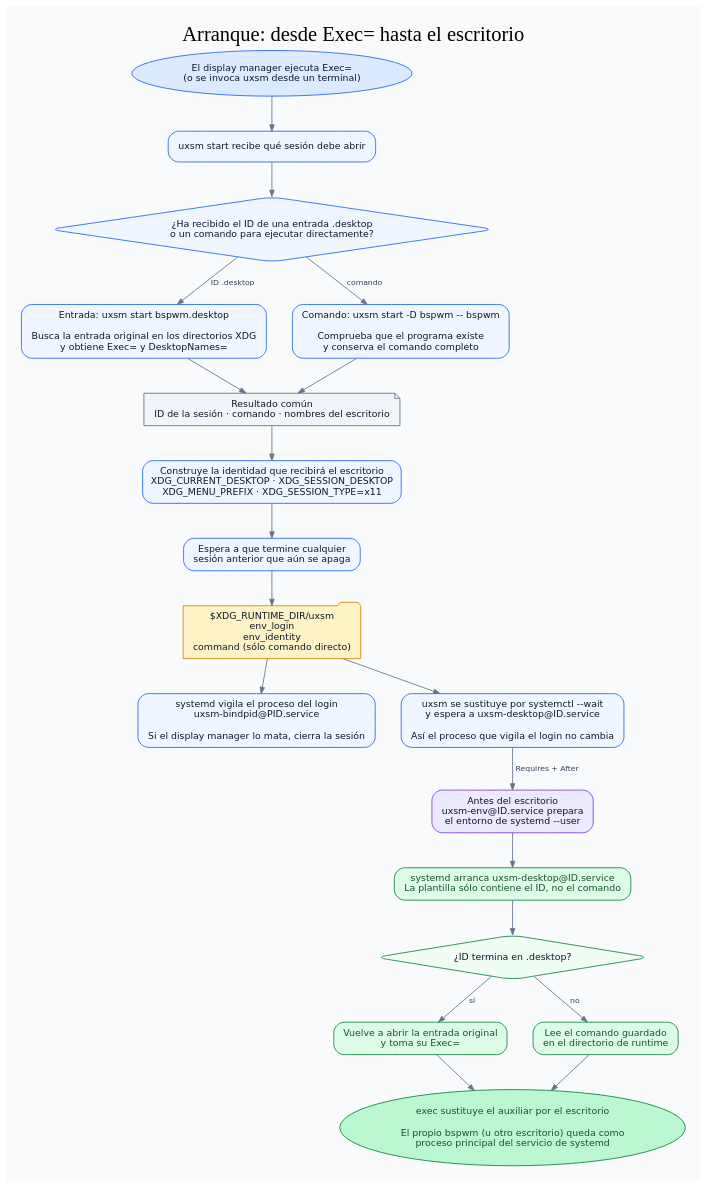
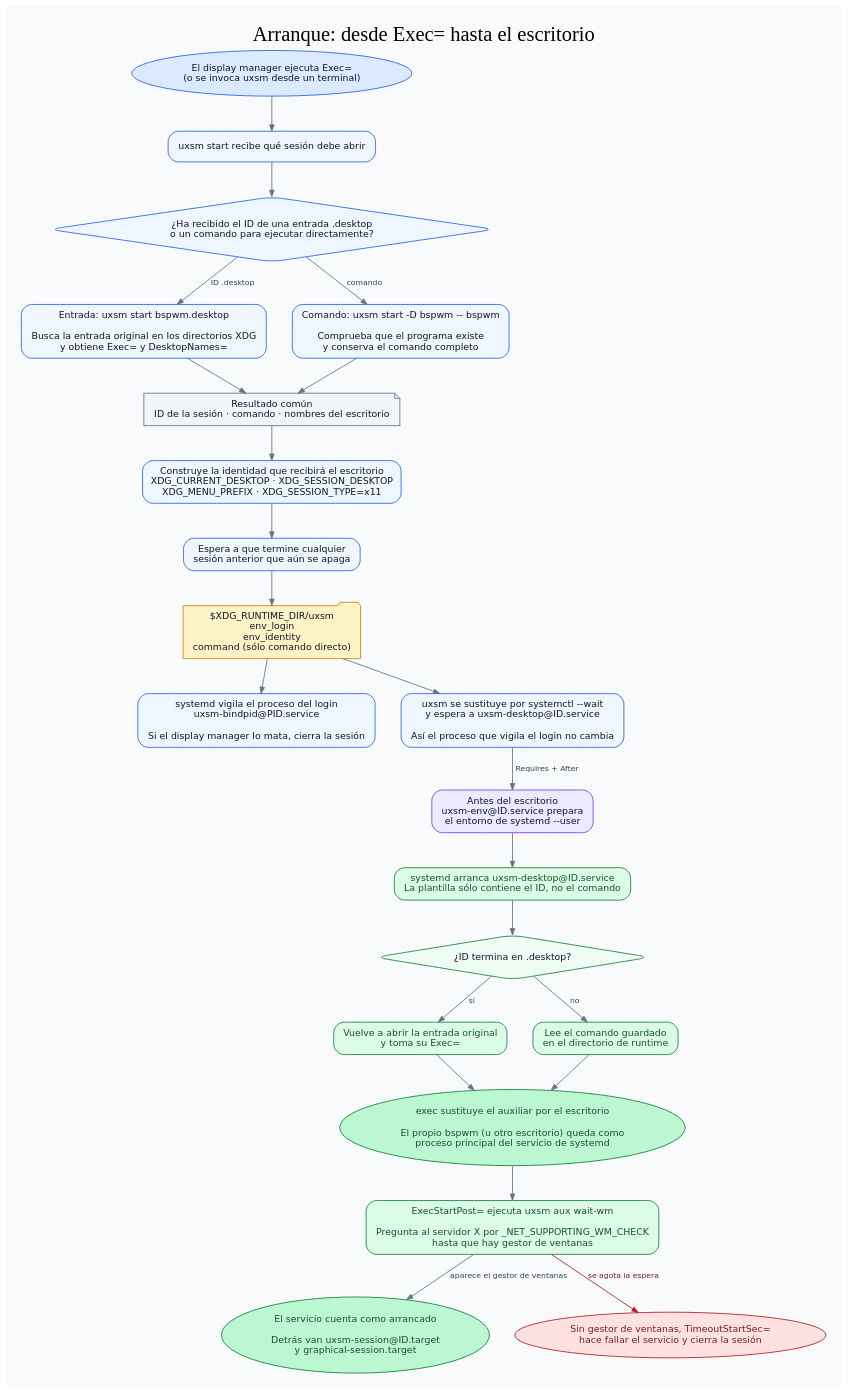
Before and after one commit to heizeisaburou/uxsm: the diagram in docs/flows/session-start.dot, drawn with Graphviz. The commit also changed 13 other files, not shown here.

First line of the commit message:
Paso 4: la sesión no está lista hasta que hay gestor de ventanas

```diff
--- a/docs/flows/session-start.dot
+++ b/docs/flows/session-start.dot
@@ -1,67 +1,77 @@
 digraph session_start {
   graph [
     label="Arranque: desde Exec= hasta el escritorio",
     labelloc=t,
     fontsize=24,
     fontname="DejaVu Sans Bold",
     bgcolor="#f8fafc",
     pad=0.25,
     nodesep=0.42,
     ranksep=0.55,
     splines=polyline
   ];
   node [shape=box, style="rounded,filled", fontname="DejaVu Sans", fontsize=11,
         color="#2563eb", fillcolor="#eff6ff", fontcolor="#0f172a", margin="0.15,0.10"];
   edge [fontname="DejaVu Sans", fontsize=9, color="#64748b", fontcolor="#334155", arrowsize=0.75];
 
   caller [shape=oval, fillcolor="#dbeafe",
           label="El display manager ejecuta Exec=\n(o se invoca uxsm desde un terminal)"];
   start [label="uxsm start recibe qué sesión debe abrir"];
   kind [shape=diamond, label="¿Ha recibido el ID de una entrada .desktop\no un comando para ejecutar directamente?"];
 
   entry [label="Entrada: uxsm start bspwm.desktop\n\nBusca la entrada original en los directorios XDG\ny obtiene Exec= y DesktopNames="];
   command [label="Comando: uxsm start -D bspwm -- bspwm\n\nComprueba que el programa existe\ny conserva el comando completo"];
   resolved [shape=note, color="#64748b", fillcolor="#f1f5f9",
             label="Resultado común\nID de la sesión · comando · nombres del escritorio"];
 
   identity [label="Construye la identidad que recibirá el escritorio\nXDG_CURRENT_DESKTOP · XDG_SESSION_DESKTOP\nXDG_MENU_PREFIX · XDG_SESSION_TYPE=x11"];
   wait [label="Espera a que termine cualquier\nsesión anterior que aún se apaga"];
   files [shape=folder, fillcolor="#fef3c7", color="#ca8a04",
          label="$XDG_RUNTIME_DIR/uxsm\nenv_login\nenv_identity\ncommand (sólo comando directo)"];
 
   bind [label="systemd vigila el proceso del login\nuxsm-bindpid@PID.service\n\nSi el display manager lo mata, cierra la sesión"];
   replace [label="uxsm se sustituye por systemctl --wait\ny espera a uxsm-desktop@ID.service\n\nAsí el proceso que vigila el login no cambia"];
 
   env [fillcolor="#ede9fe", color="#7c3aed",
        label="Antes del escritorio\nuxsm-env@ID.service prepara\nel entorno de systemd --user"];
   aux [fillcolor="#dcfce7", color="#15803d", fontcolor="#14532d",
        label="systemd arranca uxsm-desktop@ID.service\nLa plantilla sólo contiene el ID, no el comando"];
   source [shape=diamond, fillcolor="#f0fdf4", color="#15803d",
           label="¿ID termina en .desktop?"];
   reread [fillcolor="#dcfce7", color="#15803d", fontcolor="#14532d",
           label="Vuelve a abrir la entrada original\ny toma su Exec="];
   saved [fillcolor="#dcfce7", color="#15803d", fontcolor="#14532d",
          label="Lee el comando guardado\nen el directorio de runtime"];
   desktop [shape=oval, fillcolor="#bbf7d0", color="#15803d", fontcolor="#14532d",
            label="exec sustituye el auxiliar por el escritorio\n\nEl propio bspwm (u otro escritorio) queda como\nproceso principal del servicio de systemd"];
+  waitwm [fillcolor="#dcfce7", color="#15803d", fontcolor="#14532d",
+          label="ExecStartPost= ejecuta uxsm aux wait-wm\n\nPregunta al servidor X por _NET_SUPPORTING_WM_CHECK\nhasta que hay gestor de ventanas"];
+  ready [shape=oval, fillcolor="#bbf7d0", color="#15803d", fontcolor="#14532d",
+         label="El servicio cuenta como arrancado\n\nDetrás van uxsm-session@ID.target\ny graphical-session.target"];
+  nowm [shape=oval, color="#b91c1c", fillcolor="#fee2e2", fontcolor="#7f1d1d",
+        label="Sin gestor de ventanas, TimeoutStartSec=\nhace fallar el servicio y cierra la sesión"];
 
   caller -> start -> kind;
   kind -> entry [label=" ID .desktop "];
   kind -> command [label=" comando "];
   entry -> resolved;
   command -> resolved;
   resolved -> identity -> wait -> files;
   files -> bind;
   files -> replace;
   replace -> env [label=" Requires + After "];
   env -> aux;
   aux -> source;
   source -> reread [label=" sí "];
   source -> saved [label=" no "];
   reread -> desktop;
   saved -> desktop;
+  desktop -> waitwm;
+  waitwm -> ready [label=" aparece el gestor de ventanas "];
+  waitwm -> nowm [label=" se agota la espera ", color="#b91c1c", fontcolor="#7f1d1d"];
 
   {rank=same; entry; command}
   {rank=same; bind; replace}
   {rank=same; reread; saved}
+  {rank=same; ready; nowm}
 }
```
